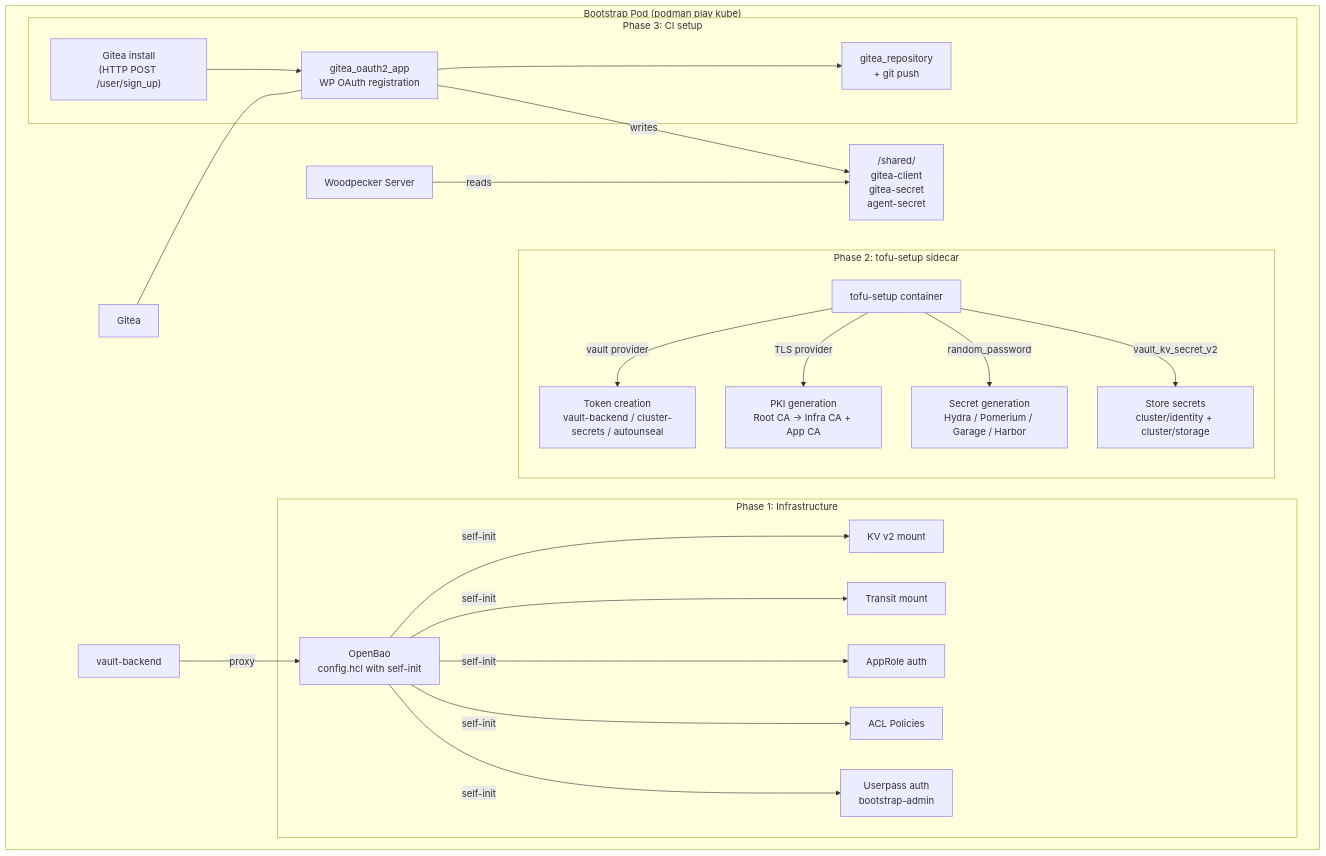
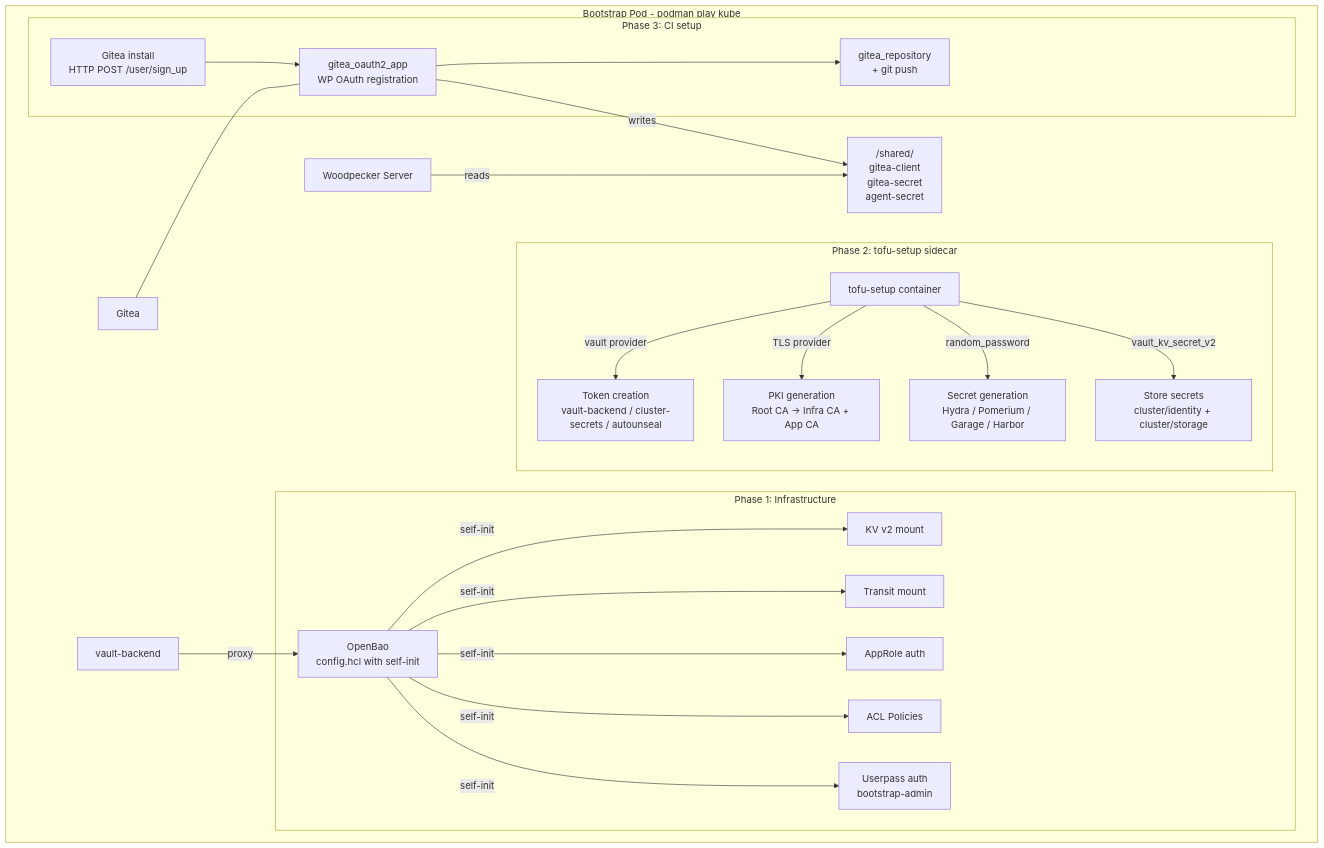
Before and after one commit to Destynova2/st4ck: the seventh of 14 diagrams in docs/design/001-hld-lld.md, drawn with Mermaid. The commit also changed other lines of this file, not shown here.

First line of the commit message:
fix: repair Mermaid syntax and fill missing versions in design doc

````diff
--- a/docs/design/001-hld-lld.md
+++ b/docs/design/001-hld-lld.md
@@ -751,33 +751,33 @@
 ```mermaid
 graph TB
-    subgraph "Bootstrap Pod (podman play kube)"
+    subgraph "Bootstrap Pod - podman play kube"
         subgraph "Phase 1: Infrastructure"
             BAO["OpenBao<br/>config.hcl with self-init"]
             BAO -->|self-init| KV["KV v2 mount"]
             BAO -->|self-init| TRANSIT["Transit mount"]
             BAO -->|self-init| APPROLE["AppRole auth"]
             BAO -->|self-init| POLICIES["ACL Policies"]
             BAO -->|self-init| USERPASS["Userpass auth<br/>bootstrap-admin"]
         end
 
         subgraph "Phase 2: tofu-setup sidecar"
             SETUP["tofu-setup container"]
             SETUP -->|vault provider| TOKENS["Token creation<br/>vault-backend / cluster-secrets / autounseal"]
             SETUP -->|TLS provider| PKI["PKI generation<br/>Root CA → Infra CA + App CA"]
             SETUP -->|random_password| SECRETS["Secret generation<br/>Hydra / Pomerium / Garage / Harbor"]
             SETUP -->|vault_kv_secret_v2| STORE["Store secrets<br/>cluster/identity + cluster/storage"]
         end
 
         subgraph "Phase 3: CI setup"
-            GITEA_SETUP["Gitea install<br/>(HTTP POST /user/sign_up)"]
+            GITEA_SETUP["Gitea install<br/>HTTP POST /user/sign_up"]
             OAUTH["gitea_oauth2_app<br/>WP OAuth registration"]
             REPO["gitea_repository<br/>+ git push"]
             GITEA_SETUP --> OAUTH --> REPO
         end
 
         VB2["vault-backend"] -->|proxy| BAO
         GITEA2["Gitea"] --- OAUTH
         WP2["Woodpecker Server"] -->|reads| SHARED["/shared/<br/>gitea-client<br/>gitea-secret<br/>agent-secret"]
         OAUTH -->|writes| SHARED
     end
 ```
````
